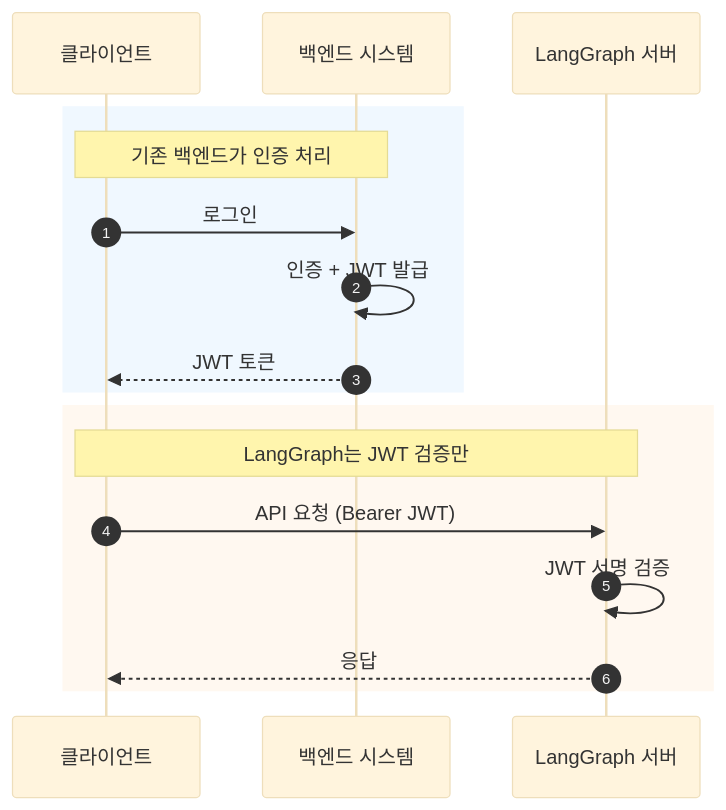
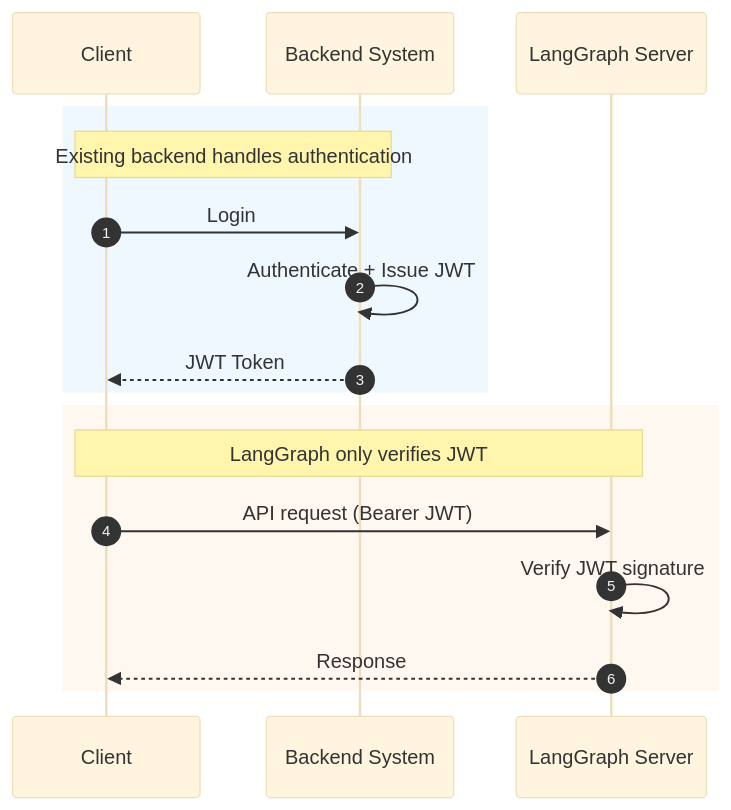
Before and after one commit to braincrew-lab/langgraph-chat-ui: the third of 4 diagrams in docs/00-OVERVIEW.md, drawn with Mermaid (base theme). The commit also changed other lines of this file and 24 other files, not shown here.

````diff
--- a/docs/00-OVERVIEW.md
+++ b/docs/00-OVERVIEW.md
@@ -81,21 +81,21 @@
 ```mermaid
 sequenceDiagram
     autonumber
-    participant Client as 클라이언트
-    participant Backend as 백엔드 시스템
-    participant LangGraph as LangGraph 서버
+    participant Client as Client
+    participant Backend as Backend System
+    participant LangGraph as LangGraph Server
 
     rect rgb(240, 248, 255)
-        Note over Client,Backend: 기존 백엔드가 인증 처리
-        Client->>Backend: 로그인
-        Backend->>Backend: 인증 + JWT 발급
-        Backend-->>Client: JWT 토큰
+        Note over Client,Backend: Existing backend handles authentication
+        Client->>Backend: Login
+        Backend->>Backend: Authenticate + Issue JWT
+        Backend-->>Client: JWT Token
     end
 
     rect rgb(255, 248, 240)
-        Note over Client,LangGraph: LangGraph는 JWT 검증만
-        Client->>LangGraph: API 요청 (Bearer JWT)
-        LangGraph->>LangGraph: JWT 서명 검증
-        LangGraph-->>Client: 응답
+        Note over Client,LangGraph: LangGraph only verifies JWT
+        Client->>LangGraph: API request (Bearer JWT)
+        LangGraph->>LangGraph: Verify JWT signature
+        LangGraph-->>Client: Response
     end
 ```
````
